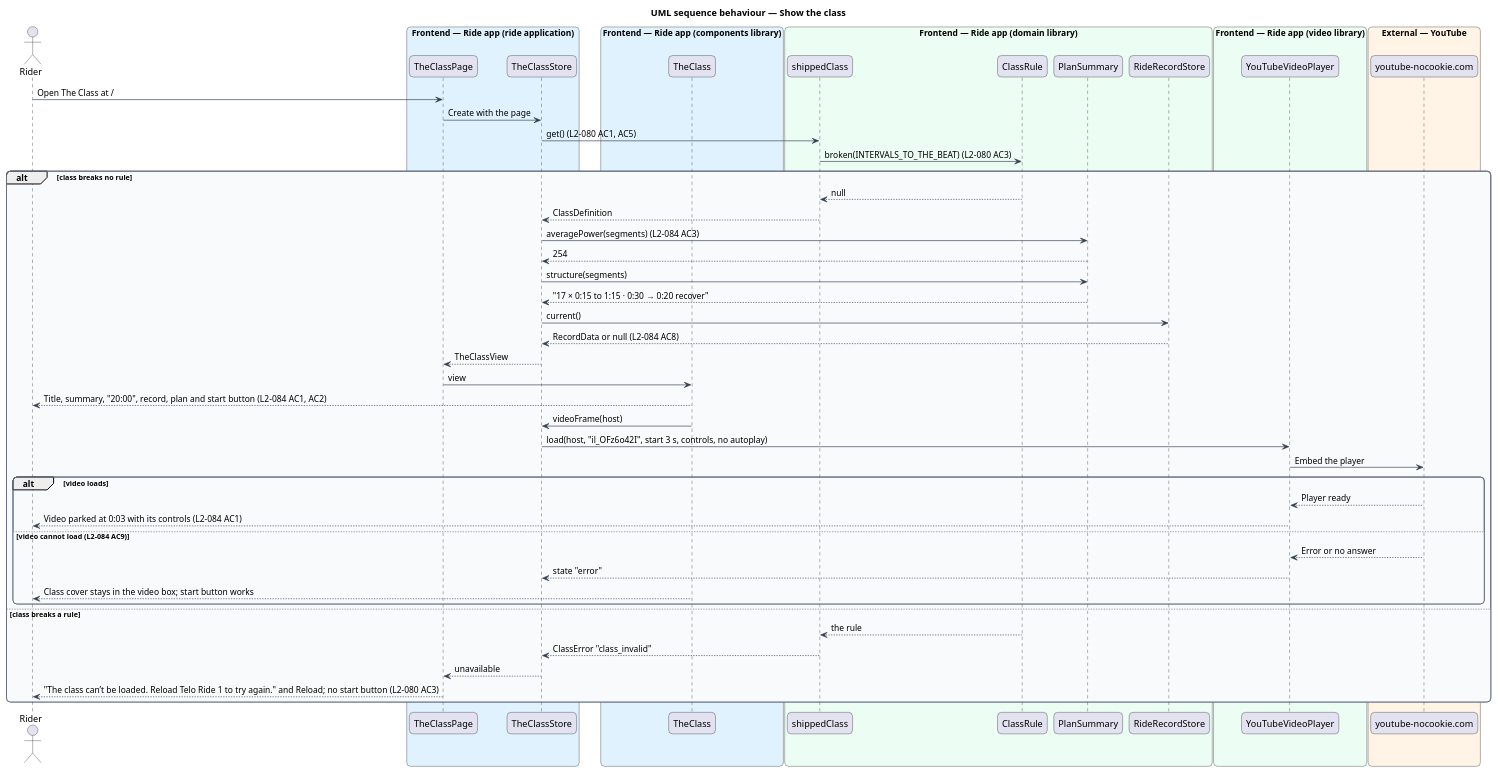
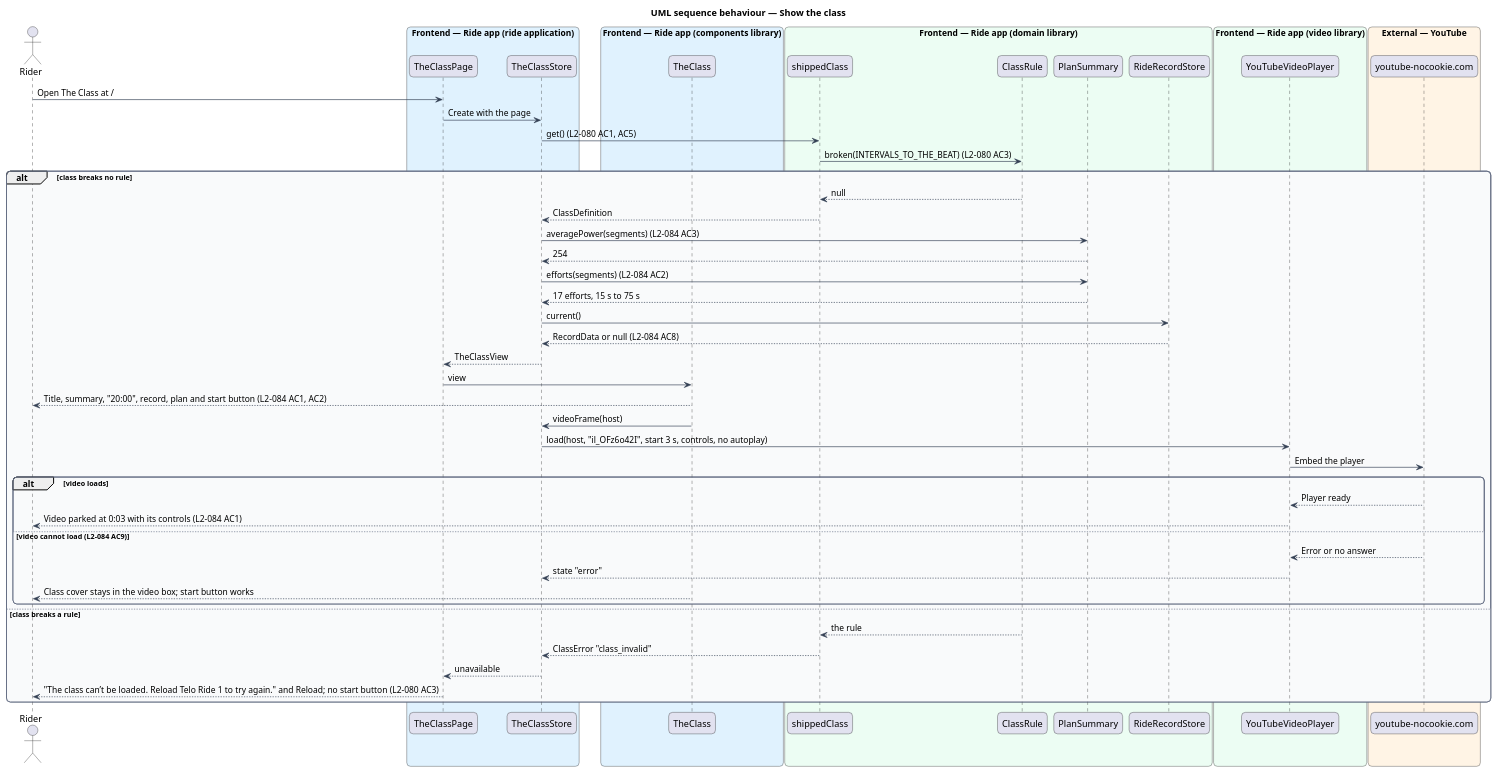
One commit to QuinntyneBrown/ride-one changed the diagram in docs/detailed-designs/the-class/show-the-class/diagrams/sequence-show-the-class.puml. Above: the diagram before and after it, drawn with PlantUML. The commit also changed 60 other files, not shown here.

```diff
--- a/docs/detailed-designs/the-class/show-the-class/diagrams/sequence-show-the-class.puml
+++ b/docs/detailed-designs/the-class/show-the-class/diagrams/sequence-show-the-class.puml
@@ -1,70 +1,70 @@
 @startuml
 title UML sequence behaviour — Show the class
 skinparam backgroundColor #FFFFFF
 skinparam shadowing false
 skinparam roundcorner 12
 skinparam defaultFontName Arial
 skinparam ArrowColor #344054
 skinparam rectangle {
   BorderColor #344054
   FontColor #101828
 }
 skinparam package {
   BorderColor #667085
   FontColor #101828
   BackgroundColor #F9FAFB
 }
 actor "Rider" as rider
 box "Frontend — Ride app (ride application)" #E0F2FE
   participant "TheClassPage" as page
   participant "TheClassStore" as store
 end box
 box "Frontend — Ride app (components library)" #E0F2FE
   participant "TheClass" as block
 end box
 box "Frontend — Ride app (domain library)" #ECFDF3
   participant "shippedClass" as classes
   participant "ClassRule" as rule
   participant "PlanSummary" as summary
   participant "RideRecordStore" as record
 end box
 box "Frontend — Ride app (video library)" #ECFDF3
   participant "YouTubeVideoPlayer" as player
 end box
 box "External — YouTube" #FFF4E5
   participant "youtube-nocookie.com" as youtube
 end box
 rider -> page : Open The Class at /
 page -> store : Create with the page
 store -> classes : get() (L2-080 AC1, AC5)
 classes -> rule : broken(INTERVALS_TO_THE_BEAT) (L2-080 AC3)
 alt class breaks no rule
   rule --> classes : null
   classes --> store : ClassDefinition
   store -> summary : averagePower(segments) (L2-084 AC3)
   summary --> store : 254
-  store -> summary : structure(segments)
-  summary --> store : "17 × 0:15 to 1:15 · 0:30 → 0:20 recover"
+  store -> summary : efforts(segments) (L2-084 AC2)
+  summary --> store : 17 efforts, 15 s to 75 s
   store -> record : current()
   record --> store : RecordData or null (L2-084 AC8)
   store --> page : TheClassView
   page -> block : view
   block --> rider : Title, summary, "20:00", record, plan and start button (L2-084 AC1, AC2)
   block -> store : videoFrame(host)
   store -> player : load(host, "il_OFz6o42I", start 3 s, controls, no autoplay)
   player -> youtube : Embed the player
   alt video loads
     youtube --> player : Player ready
     player --> rider : Video parked at 0:03 with its controls (L2-084 AC1)
   else video cannot load (L2-084 AC9)
     youtube --> player : Error or no answer
     player --> store : state "error"
     block --> rider : Class cover stays in the video box; start button works
   end
 else class breaks a rule
   rule --> classes : the rule
   classes --> store : ClassError "class_invalid"
   store --> page : unavailable
   page --> rider : "The class can’t be loaded. Reload Telo Ride 1 to try again." and Reload; no start button (L2-080 AC3)
 end
 @enduml
```
